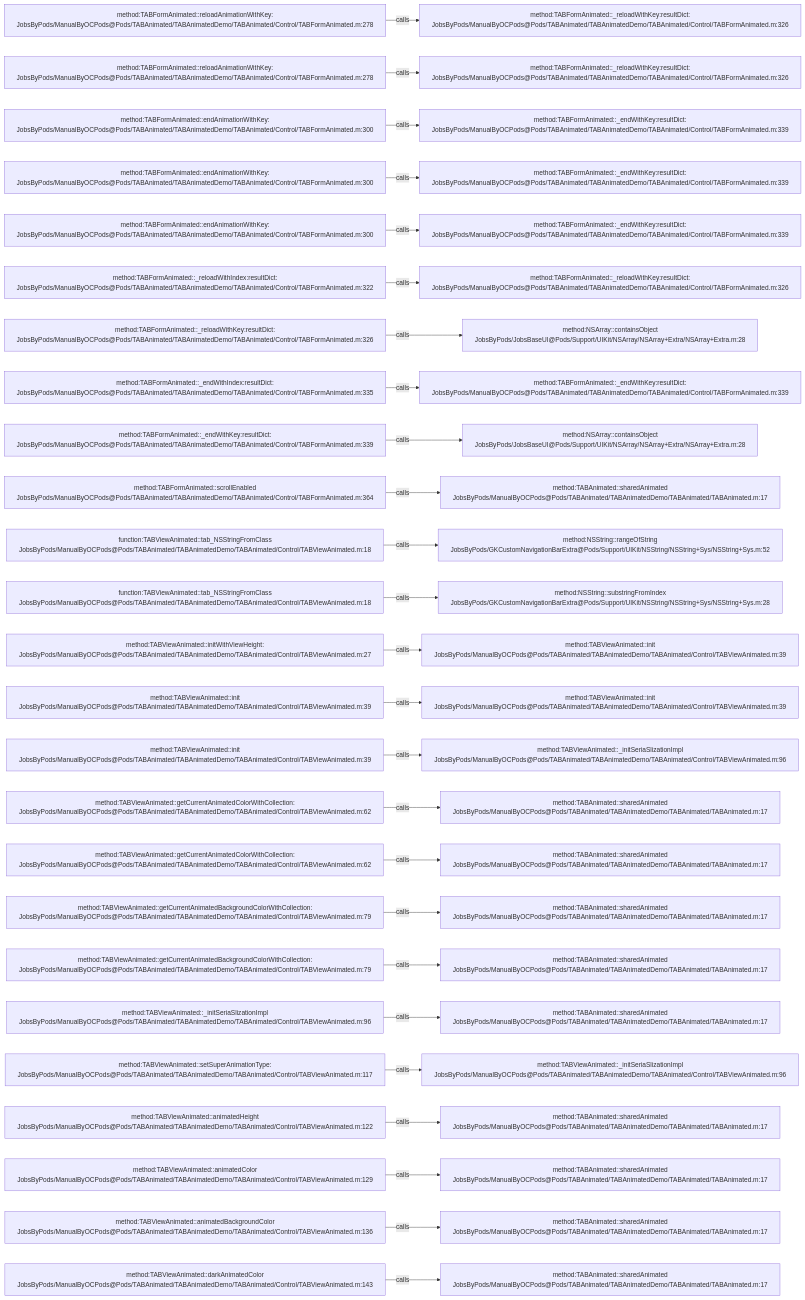
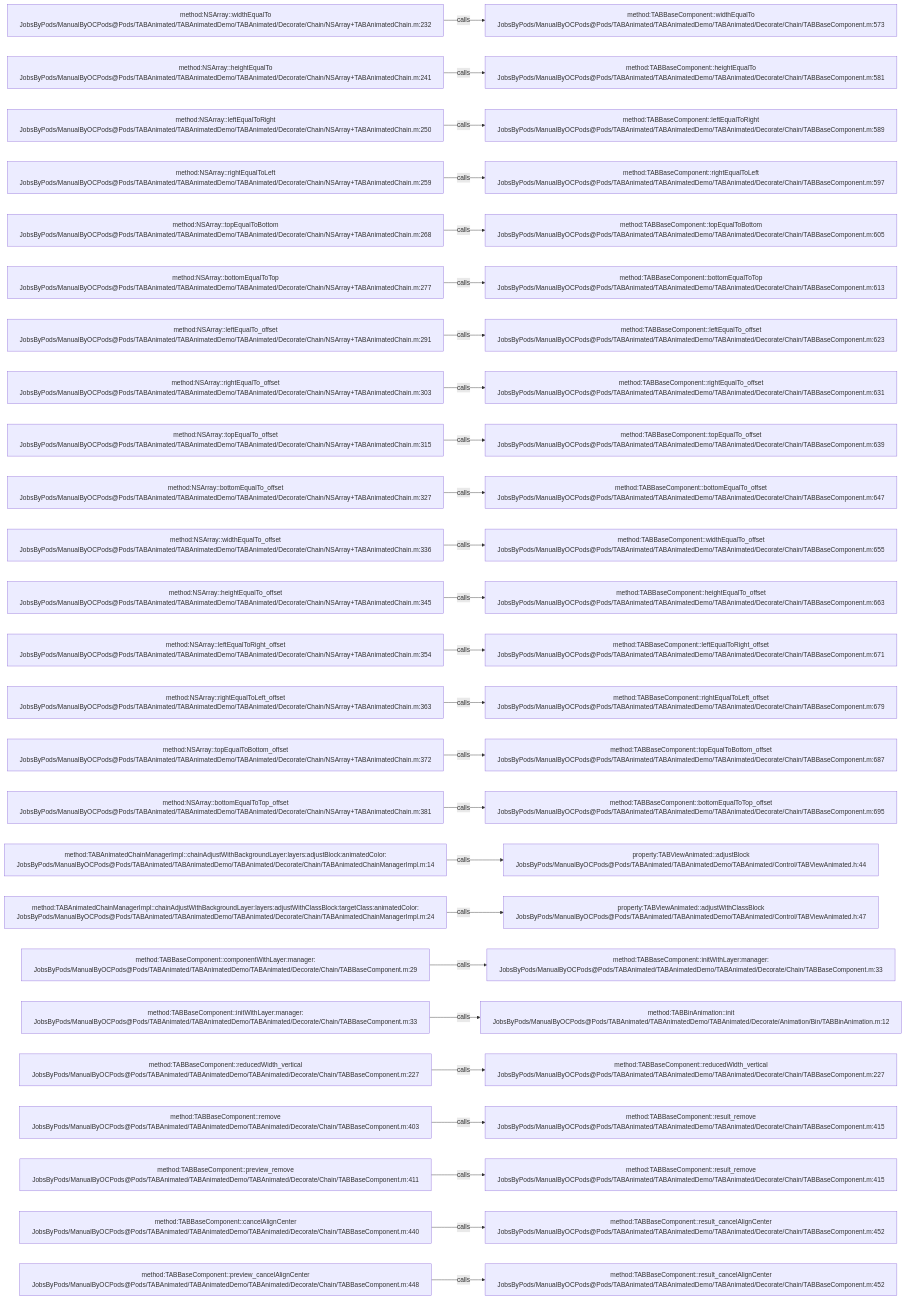
Before and after one commit to JobsKits/JobsOCBaseConfigDemo: the diagram in .codegraph/codegraph.md/graphs/calls-033.md, drawn with Mermaid. The commit also changed 1223 other files, not shown here.

````diff
--- a/.codegraph/codegraph.md/graphs/calls-033.md
+++ b/.codegraph/codegraph.md/graphs/calls-033.md
@@ -13,78 +13,78 @@
 ```mermaid
 flowchart LR
-  S1["method:TABFormAnimated::reloadAnimationWithKey:<br/>JobsByPods/ManualByOCPods@Pods/TABAnimated/TABAnimatedDemo/TABAnimated/Control/TABFormAnimated.m:278"]
-  T1["method:TABFormAnimated::_reloadWithKey:resultDict:<br/>JobsByPods/ManualByOCPods@Pods/TABAnimated/TABAnimatedDemo/TABAnimated/Control/TABFormAnimated.m:326"]
+  S1["method:NSArray::widthEqualTo<br/>JobsByPods/ManualByOCPods@Pods/TABAnimated/TABAnimatedDemo/TABAnimated/Decorate/Chain/NSArray+TABAnimatedChain.m:232"]
+  T1["method:TABBaseComponent::widthEqualTo<br/>JobsByPods/ManualByOCPods@Pods/TABAnimated/TABAnimatedDemo/TABAnimated/Decorate/Chain/TABBaseComponent.m:573"]
   S1 -->|calls| T1
-  S2["method:TABFormAnimated::reloadAnimationWithKey:<br/>JobsByPods/ManualByOCPods@Pods/TABAnimated/TABAnimatedDemo/TABAnimated/Control/TABFormAnimated.m:278"]
-  T2["method:TABFormAnimated::_reloadWithKey:resultDict:<br/>JobsByPods/ManualByOCPods@Pods/TABAnimated/TABAnimatedDemo/TABAnimated/Control/TABFormAnimated.m:326"]
+  S2["method:NSArray::heightEqualTo<br/>JobsByPods/ManualByOCPods@Pods/TABAnimated/TABAnimatedDemo/TABAnimated/Decorate/Chain/NSArray+TABAnimatedChain.m:241"]
+  T2["method:TABBaseComponent::heightEqualTo<br/>JobsByPods/ManualByOCPods@Pods/TABAnimated/TABAnimatedDemo/TABAnimated/Decorate/Chain/TABBaseComponent.m:581"]
   S2 -->|calls| T2
-  S3["method:TABFormAnimated::endAnimationWithKey:<br/>JobsByPods/ManualByOCPods@Pods/TABAnimated/TABAnimatedDemo/TABAnimated/Control/TABFormAnimated.m:300"]
-  T3["method:TABFormAnimated::_endWithKey:resultDict:<br/>JobsByPods/ManualByOCPods@Pods/TABAnimated/TABAnimatedDemo/TABAnimated/Control/TABFormAnimated.m:339"]
+  S3["method:NSArray::leftEqualToRight<br/>JobsByPods/ManualByOCPods@Pods/TABAnimated/TABAnimatedDemo/TABAnimated/Decorate/Chain/NSArray+TABAnimatedChain.m:250"]
+  T3["method:TABBaseComponent::leftEqualToRight<br/>JobsByPods/ManualByOCPods@Pods/TABAnimated/TABAnimatedDemo/TABAnimated/Decorate/Chain/TABBaseComponent.m:589"]
   S3 -->|calls| T3
-  S4["method:TABFormAnimated::endAnimationWithKey:<br/>JobsByPods/ManualByOCPods@Pods/TABAnimated/TABAnimatedDemo/TABAnimated/Control/TABFormAnimated.m:300"]
-  T4["method:TABFormAnimated::_endWithKey:resultDict:<br/>JobsByPods/ManualByOCPods@Pods/TABAnimated/TABAnimatedDemo/TABAnimated/Control/TABFormAnimated.m:339"]
+  S4["method:NSArray::rightEqualToLeft<br/>JobsByPods/ManualByOCPods@Pods/TABAnimated/TABAnimatedDemo/TABAnimated/Decorate/Chain/NSArray+TABAnimatedChain.m:259"]
+  T4["method:TABBaseComponent::rightEqualToLeft<br/>JobsByPods/ManualByOCPods@Pods/TABAnimated/TABAnimatedDemo/TABAnimated/Decorate/Chain/TABBaseComponent.m:597"]
   S4 -->|calls| T4
-  S5["method:TABFormAnimated::endAnimationWithKey:<br/>JobsByPods/ManualByOCPods@Pods/TABAnimated/TABAnimatedDemo/TABAnimated/Control/TABFormAnimated.m:300"]
-  T5["method:TABFormAnimated::_endWithKey:resultDict:<br/>JobsByPods/ManualByOCPods@Pods/TABAnimated/TABAnimatedDemo/TABAnimated/Control/TABFormAnimated.m:339"]
+  S5["method:NSArray::topEqualToBottom<br/>JobsByPods/ManualByOCPods@Pods/TABAnimated/TABAnimatedDemo/TABAnimated/Decorate/Chain/NSArray+TABAnimatedChain.m:268"]
+  T5["method:TABBaseComponent::topEqualToBottom<br/>JobsByPods/ManualByOCPods@Pods/TABAnimated/TABAnimatedDemo/TABAnimated/Decorate/Chain/TABBaseComponent.m:605"]
   S5 -->|calls| T5
-  S6["method:TABFormAnimated::_reloadWithIndex:resultDict:<br/>JobsByPods/ManualByOCPods@Pods/TABAnimated/TABAnimatedDemo/TABAnimated/Control/TABFormAnimated.m:322"]
-  T6["method:TABFormAnimated::_reloadWithKey:resultDict:<br/>JobsByPods/ManualByOCPods@Pods/TABAnimated/TABAnimatedDemo/TABAnimated/Control/TABFormAnimated.m:326"]
+  S6["method:NSArray::bottomEqualToTop<br/>JobsByPods/ManualByOCPods@Pods/TABAnimated/TABAnimatedDemo/TABAnimated/Decorate/Chain/NSArray+TABAnimatedChain.m:277"]
+  T6["method:TABBaseComponent::bottomEqualToTop<br/>JobsByPods/ManualByOCPods@Pods/TABAnimated/TABAnimatedDemo/TABAnimated/Decorate/Chain/TABBaseComponent.m:613"]
   S6 -->|calls| T6
-  S7["method:TABFormAnimated::_reloadWithKey:resultDict:<br/>JobsByPods/ManualByOCPods@Pods/TABAnimated/TABAnimatedDemo/TABAnimated/Control/TABFormAnimated.m:326"]
-  T7["method:NSArray::containsObject<br/>JobsByPods/JobsBaseUI@Pods/Support/UIKit/NSArray/NSArray+Extra/NSArray+Extra.m:28"]
+  S7["method:NSArray::leftEqualTo_offset<br/>JobsByPods/ManualByOCPods@Pods/TABAnimated/TABAnimatedDemo/TABAnimated/Decorate/Chain/NSArray+TABAnimatedChain.m:291"]
+  T7["method:TABBaseComponent::leftEqualTo_offset<br/>JobsByPods/ManualByOCPods@Pods/TABAnimated/TABAnimatedDemo/TABAnimated/Decorate/Chain/TABBaseComponent.m:623"]
   S7 -->|calls| T7
-  S8["method:TABFormAnimated::_endWithIndex:resultDict:<br/>JobsByPods/ManualByOCPods@Pods/TABAnimated/TABAnimatedDemo/TABAnimated/Control/TABFormAnimated.m:335"]
-  T8["method:TABFormAnimated::_endWithKey:resultDict:<br/>JobsByPods/ManualByOCPods@Pods/TABAnimated/TABAnimatedDemo/TABAnimated/Control/TABFormAnimated.m:339"]
+  S8["method:NSArray::rightEqualTo_offset<br/>JobsByPods/ManualByOCPods@Pods/TABAnimated/TABAnimatedDemo/TABAnimated/Decorate/Chain/NSArray+TABAnimatedChain.m:303"]
+  T8["method:TABBaseComponent::rightEqualTo_offset<br/>JobsByPods/ManualByOCPods@Pods/TABAnimated/TABAnimatedDemo/TABAnimated/Decorate/Chain/TABBaseComponent.m:631"]
   S8 -->|calls| T8
-  S9["method:TABFormAnimated::_endWithKey:resultDict:<br/>JobsByPods/ManualByOCPods@Pods/TABAnimated/TABAnimatedDemo/TABAnimated/Control/TABFormAnimated.m:339"]
-  T9["method:NSArray::containsObject<br/>JobsByPods/JobsBaseUI@Pods/Support/UIKit/NSArray/NSArray+Extra/NSArray+Extra.m:28"]
+  S9["method:NSArray::topEqualTo_offset<br/>JobsByPods/ManualByOCPods@Pods/TABAnimated/TABAnimatedDemo/TABAnimated/Decorate/Chain/NSArray+TABAnimatedChain.m:315"]
+  T9["method:TABBaseComponent::topEqualTo_offset<br/>JobsByPods/ManualByOCPods@Pods/TABAnimated/TABAnimatedDemo/TABAnimated/Decorate/Chain/TABBaseComponent.m:639"]
   S9 -->|calls| T9
-  S10["method:TABFormAnimated::scrollEnabled<br/>JobsByPods/ManualByOCPods@Pods/TABAnimated/TABAnimatedDemo/TABAnimated/Control/TABFormAnimated.m:364"]
-  T10["method:TABAnimated::sharedAnimated<br/>JobsByPods/ManualByOCPods@Pods/TABAnimated/TABAnimatedDemo/TABAnimated/TABAnimated.m:17"]
+  S10["method:NSArray::bottomEqualTo_offset<br/>JobsByPods/ManualByOCPods@Pods/TABAnimated/TABAnimatedDemo/TABAnimated/Decorate/Chain/NSArray+TABAnimatedChain.m:327"]
+  T10["method:TABBaseComponent::bottomEqualTo_offset<br/>JobsByPods/ManualByOCPods@Pods/TABAnimated/TABAnimatedDemo/TABAnimated/Decorate/Chain/TABBaseComponent.m:647"]
   S10 -->|calls| T10
-  S11["function:TABViewAnimated::tab_NSStringFromClass<br/>JobsByPods/ManualByOCPods@Pods/TABAnimated/TABAnimatedDemo/TABAnimated/Control/TABViewAnimated.m:18"]
-  T11["method:NSString::rangeOfString<br/>JobsByPods/GKCustomNavigationBarExtra@Pods/Support/UIKit/NSString/NSString+Sys/NSString+Sys.m:52"]
+  S11["method:NSArray::widthEqualTo_offset<br/>JobsByPods/ManualByOCPods@Pods/TABAnimated/TABAnimatedDemo/TABAnimated/Decorate/Chain/NSArray+TABAnimatedChain.m:336"]
+  T11["method:TABBaseComponent::widthEqualTo_offset<br/>JobsByPods/ManualByOCPods@Pods/TABAnimated/TABAnimatedDemo/TABAnimated/Decorate/Chain/TABBaseComponent.m:655"]
   S11 -->|calls| T11
-  S12["function:TABViewAnimated::tab_NSStringFromClass<br/>JobsByPods/ManualByOCPods@Pods/TABAnimated/TABAnimatedDemo/TABAnimated/Control/TABViewAnimated.m:18"]
-  T12["method:NSString::substringFromIndex<br/>JobsByPods/GKCustomNavigationBarExtra@Pods/Support/UIKit/NSString/NSString+Sys/NSString+Sys.m:28"]
+  S12["method:NSArray::heightEqualTo_offset<br/>JobsByPods/ManualByOCPods@Pods/TABAnimated/TABAnimatedDemo/TABAnimated/Decorate/Chain/NSArray+TABAnimatedChain.m:345"]
+  T12["method:TABBaseComponent::heightEqualTo_offset<br/>JobsByPods/ManualByOCPods@Pods/TABAnimated/TABAnimatedDemo/TABAnimated/Decorate/Chain/TABBaseComponent.m:663"]
   S12 -->|calls| T12
-  S13["method:TABViewAnimated::initWithViewHeight:<br/>JobsByPods/ManualByOCPods@Pods/TABAnimated/TABAnimatedDemo/TABAnimated/Control/TABViewAnimated.m:27"]
-  T13["method:TABViewAnimated::init<br/>JobsByPods/ManualByOCPods@Pods/TABAnimated/TABAnimatedDemo/TABAnimated/Control/TABViewAnimated.m:39"]
+  S13["method:NSArray::leftEqualToRight_offset<br/>JobsByPods/ManualByOCPods@Pods/TABAnimated/TABAnimatedDemo/TABAnimated/Decorate/Chain/NSArray+TABAnimatedChain.m:354"]
+  T13["method:TABBaseComponent::leftEqualToRight_offset<br/>JobsByPods/ManualByOCPods@Pods/TABAnimated/TABAnimatedDemo/TABAnimated/Decorate/Chain/TABBaseComponent.m:671"]
   S13 -->|calls| T13
-  S14["method:TABViewAnimated::init<br/>JobsByPods/ManualByOCPods@Pods/TABAnimated/TABAnimatedDemo/TABAnimated/Control/TABViewAnimated.m:39"]
-  T14["method:TABViewAnimated::init<br/>JobsByPods/ManualByOCPods@Pods/TABAnimated/TABAnimatedDemo/TABAnimated/Control/TABViewAnimated.m:39"]
+  S14["method:NSArray::rightEqualToLeft_offset<br/>JobsByPods/ManualByOCPods@Pods/TABAnimated/TABAnimatedDemo/TABAnimated/Decorate/Chain/NSArray+TABAnimatedChain.m:363"]
+  T14["method:TABBaseComponent::rightEqualToLeft_offset<br/>JobsByPods/ManualByOCPods@Pods/TABAnimated/TABAnimatedDemo/TABAnimated/Decorate/Chain/TABBaseComponent.m:679"]
   S14 -->|calls| T14
-  S15["method:TABViewAnimated::init<br/>JobsByPods/ManualByOCPods@Pods/TABAnimated/TABAnimatedDemo/TABAnimated/Control/TABViewAnimated.m:39"]
-  T15["method:TABViewAnimated::_initSeriaSlizationImpl<br/>JobsByPods/ManualByOCPods@Pods/TABAnimated/TABAnimatedDemo/TABAnimated/Control/TABViewAnimated.m:96"]
+  S15["method:NSArray::topEqualToBottom_offset<br/>JobsByPods/ManualByOCPods@Pods/TABAnimated/TABAnimatedDemo/TABAnimated/Decorate/Chain/NSArray+TABAnimatedChain.m:372"]
+  T15["method:TABBaseComponent::topEqualToBottom_offset<br/>JobsByPods/ManualByOCPods@Pods/TABAnimated/TABAnimatedDemo/TABAnimated/Decorate/Chain/TABBaseComponent.m:687"]
   S15 -->|calls| T15
-  S16["method:TABViewAnimated::getCurrentAnimatedColorWithCollection:<br/>JobsByPods/ManualByOCPods@Pods/TABAnimated/TABAnimatedDemo/TABAnimated/Control/TABViewAnimated.m:62"]
-  T16["method:TABAnimated::sharedAnimated<br/>JobsByPods/ManualByOCPods@Pods/TABAnimated/TABAnimatedDemo/TABAnimated/TABAnimated.m:17"]
+  S16["method:NSArray::bottomEqualToTop_offset<br/>JobsByPods/ManualByOCPods@Pods/TABAnimated/TABAnimatedDemo/TABAnimated/Decorate/Chain/NSArray+TABAnimatedChain.m:381"]
+  T16["method:TABBaseComponent::bottomEqualToTop_offset<br/>JobsByPods/ManualByOCPods@Pods/TABAnimated/TABAnimatedDemo/TABAnimated/Decorate/Chain/TABBaseComponent.m:695"]
   S16 -->|calls| T16
-  S17["method:TABViewAnimated::getCurrentAnimatedColorWithCollection:<br/>JobsByPods/ManualByOCPods@Pods/TABAnimated/TABAnimatedDemo/TABAnimated/Control/TABViewAnimated.m:62"]
-  T17["method:TABAnimated::sharedAnimated<br/>JobsByPods/ManualByOCPods@Pods/TABAnimated/TABAnimatedDemo/TABAnimated/TABAnimated.m:17"]
+  S17["method:TABAnimatedChainManagerImpl::chainAdjustWithBackgroundLayer:layers:adjustBlock:animatedColor:<br/>JobsByPods/ManualByOCPods@Pods/TABAnimated/TABAnimatedDemo/TABAnimated/Decorate/Chain/TABAnimatedChainManagerImpl.m:14"]
+  T17["property:TABViewAnimated::adjustBlock<br/>JobsByPods/ManualByOCPods@Pods/TABAnimated/TABAnimatedDemo/TABAnimated/Control/TABViewAnimated.h:44"]
   S17 -->|calls| T17
-  S18["method:TABViewAnimated::getCurrentAnimatedBackgroundColorWithCollection:<br/>JobsByPods/ManualByOCPods@Pods/TABAnimated/TABAnimatedDemo/TABAnimated/Control/TABViewAnimated.m:79"]
-  T18["method:TABAnimated::sharedAnimated<br/>JobsByPods/ManualByOCPods@Pods/TABAnimated/TABAnimatedDemo/TABAnimated/TABAnimated.m:17"]
+  S18["method:TABAnimatedChainManagerImpl::chainAdjustWithBackgroundLayer:layers:adjustWithClassBlock:targetClass:animatedColor:<br/>JobsByPods/ManualByOCPods@Pods/TABAnimated/TABAnimatedDemo/TABAnimated/Decorate/Chain/TABAnimatedChainManagerImpl.m:24"]
+  T18["property:TABViewAnimated::adjustWithClassBlock<br/>JobsByPods/ManualByOCPods@Pods/TABAnimated/TABAnimatedDemo/TABAnimated/Control/TABViewAnimated.h:47"]
   S18 -->|calls| T18
-  S19["method:TABViewAnimated::getCurrentAnimatedBackgroundColorWithCollection:<br/>JobsByPods/ManualByOCPods@Pods/TABAnimated/TABAnimatedDemo/TABAnimated/Control/TABViewAnimated.m:79"]
-  T19["method:TABAnimated::sharedAnimated<br/>JobsByPods/ManualByOCPods@Pods/TABAnimated/TABAnimatedDemo/TABAnimated/TABAnimated.m:17"]
+  S19["method:TABBaseComponent::componentWithLayer:manager:<br/>JobsByPods/ManualByOCPods@Pods/TABAnimated/TABAnimatedDemo/TABAnimated/Decorate/Chain/TABBaseComponent.m:29"]
+  T19["method:TABBaseComponent::initWithLayer:manager:<br/>JobsByPods/ManualByOCPods@Pods/TABAnimated/TABAnimatedDemo/TABAnimated/Decorate/Chain/TABBaseComponent.m:33"]
   S19 -->|calls| T19
-  S20["method:TABViewAnimated::_initSeriaSlizationImpl<br/>JobsByPods/ManualByOCPods@Pods/TABAnimated/TABAnimatedDemo/TABAnimated/Control/TABViewAnimated.m:96"]
-  T20["method:TABAnimated::sharedAnimated<br/>JobsByPods/ManualByOCPods@Pods/TABAnimated/TABAnimatedDemo/TABAnimated/TABAnimated.m:17"]
+  S20["method:TABBaseComponent::initWithLayer:manager:<br/>JobsByPods/ManualByOCPods@Pods/TABAnimated/TABAnimatedDemo/TABAnimated/Decorate/Chain/TABBaseComponent.m:33"]
+  T20["method:TABBinAnimation::init<br/>JobsByPods/ManualByOCPods@Pods/TABAnimated/TABAnimatedDemo/TABAnimated/Decorate/Animation/Bin/TABBinAnimation.m:12"]
   S20 -->|calls| T20
-  S21["method:TABViewAnimated::setSuperAnimationType:<br/>JobsByPods/ManualByOCPods@Pods/TABAnimated/TABAnimatedDemo/TABAnimated/Control/TABViewAnimated.m:117"]
-  T21["method:TABViewAnimated::_initSeriaSlizationImpl<br/>JobsByPods/ManualByOCPods@Pods/TABAnimated/TABAnimatedDemo/TABAnimated/Control/TABViewAnimated.m:96"]
+  S21["method:TABBaseComponent::reducedWidth_vertical<br/>JobsByPods/ManualByOCPods@Pods/TABAnimated/TABAnimatedDemo/TABAnimated/Decorate/Chain/TABBaseComponent.m:227"]
+  T21["method:TABBaseComponent::reducedWidth_vertical<br/>JobsByPods/ManualByOCPods@Pods/TABAnimated/TABAnimatedDemo/TABAnimated/Decorate/Chain/TABBaseComponent.m:227"]
   S21 -->|calls| T21
-  S22["method:TABViewAnimated::animatedHeight<br/>JobsByPods/ManualByOCPods@Pods/TABAnimated/TABAnimatedDemo/TABAnimated/Control/TABViewAnimated.m:122"]
-  T22["method:TABAnimated::sharedAnimated<br/>JobsByPods/ManualByOCPods@Pods/TABAnimated/TABAnimatedDemo/TABAnimated/TABAnimated.m:17"]
+  S22["method:TABBaseComponent::remove<br/>JobsByPods/ManualByOCPods@Pods/TABAnimated/TABAnimatedDemo/TABAnimated/Decorate/Chain/TABBaseComponent.m:403"]
+  T22["method:TABBaseComponent::result_remove<br/>JobsByPods/ManualByOCPods@Pods/TABAnimated/TABAnimatedDemo/TABAnimated/Decorate/Chain/TABBaseComponent.m:415"]
   S22 -->|calls| T22
-  S23["method:TABViewAnimated::animatedColor<br/>JobsByPods/ManualByOCPods@Pods/TABAnimated/TABAnimatedDemo/TABAnimated/Control/TABViewAnimated.m:129"]
-  T23["method:TABAnimated::sharedAnimated<br/>JobsByPods/ManualByOCPods@Pods/TABAnimated/TABAnimatedDemo/TABAnimated/TABAnimated.m:17"]
+  S23["method:TABBaseComponent::preview_remove<br/>JobsByPods/ManualByOCPods@Pods/TABAnimated/TABAnimatedDemo/TABAnimated/Decorate/Chain/TABBaseComponent.m:411"]
+  T23["method:TABBaseComponent::result_remove<br/>JobsByPods/ManualByOCPods@Pods/TABAnimated/TABAnimatedDemo/TABAnimated/Decorate/Chain/TABBaseComponent.m:415"]
   S23 -->|calls| T23
-  S24["method:TABViewAnimated::animatedBackgroundColor<br/>JobsByPods/ManualByOCPods@Pods/TABAnimated/TABAnimatedDemo/TABAnimated/Control/TABViewAnimated.m:136"]
-  T24["method:TABAnimated::sharedAnimated<br/>JobsByPods/ManualByOCPods@Pods/TABAnimated/TABAnimatedDemo/TABAnimated/TABAnimated.m:17"]
+  S24["method:TABBaseComponent::cancelAlignCenter<br/>JobsByPods/ManualByOCPods@Pods/TABAnimated/TABAnimatedDemo/TABAnimated/Decorate/Chain/TABBaseComponent.m:440"]
+  T24["method:TABBaseComponent::result_cancelAlignCenter<br/>JobsByPods/ManualByOCPods@Pods/TABAnimated/TABAnimatedDemo/TABAnimated/Decorate/Chain/TABBaseComponent.m:452"]
   S24 -->|calls| T24
-  S25["method:TABViewAnimated::darkAnimatedColor<br/>JobsByPods/ManualByOCPods@Pods/TABAnimated/TABAnimatedDemo/TABAnimated/Control/TABViewAnimated.m:143"]
-  T25["method:TABAnimated::sharedAnimated<br/>JobsByPods/ManualByOCPods@Pods/TABAnimated/TABAnimatedDemo/TABAnimated/TABAnimated.m:17"]
+  S25["method:TABBaseComponent::preview_cancelAlignCenter<br/>JobsByPods/ManualByOCPods@Pods/TABAnimated/TABAnimatedDemo/TABAnimated/Decorate/Chain/TABBaseComponent.m:448"]
+  T25["method:TABBaseComponent::result_cancelAlignCenter<br/>JobsByPods/ManualByOCPods@Pods/TABAnimated/TABAnimatedDemo/TABAnimated/Decorate/Chain/TABBaseComponent.m:452"]
   S25 -->|calls| T25
 ```
````
